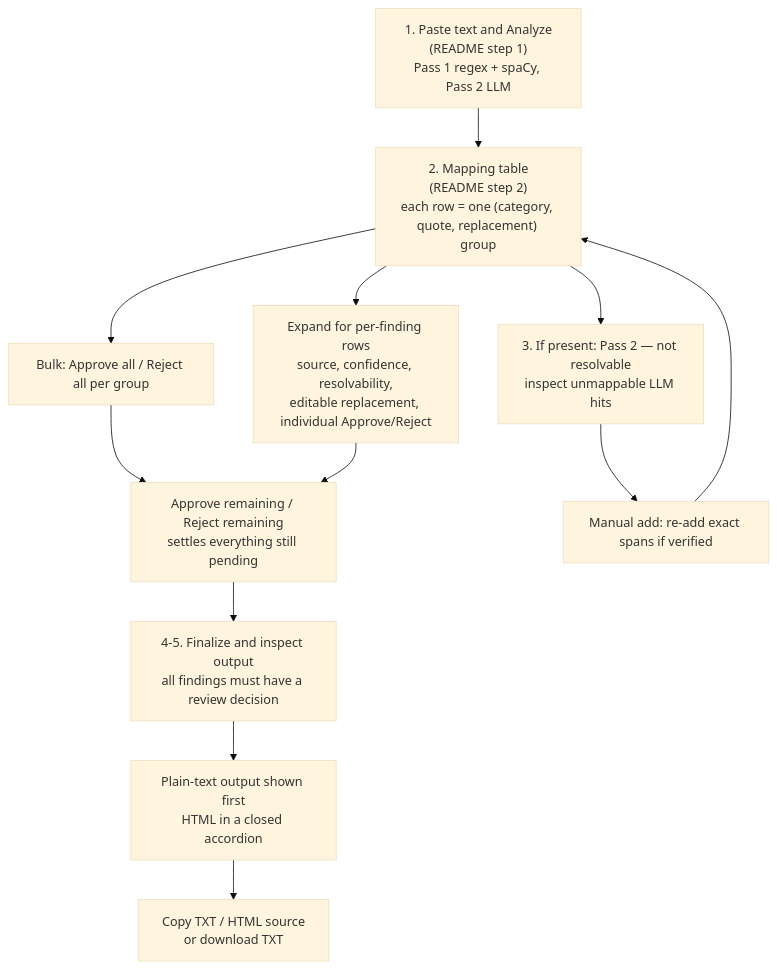
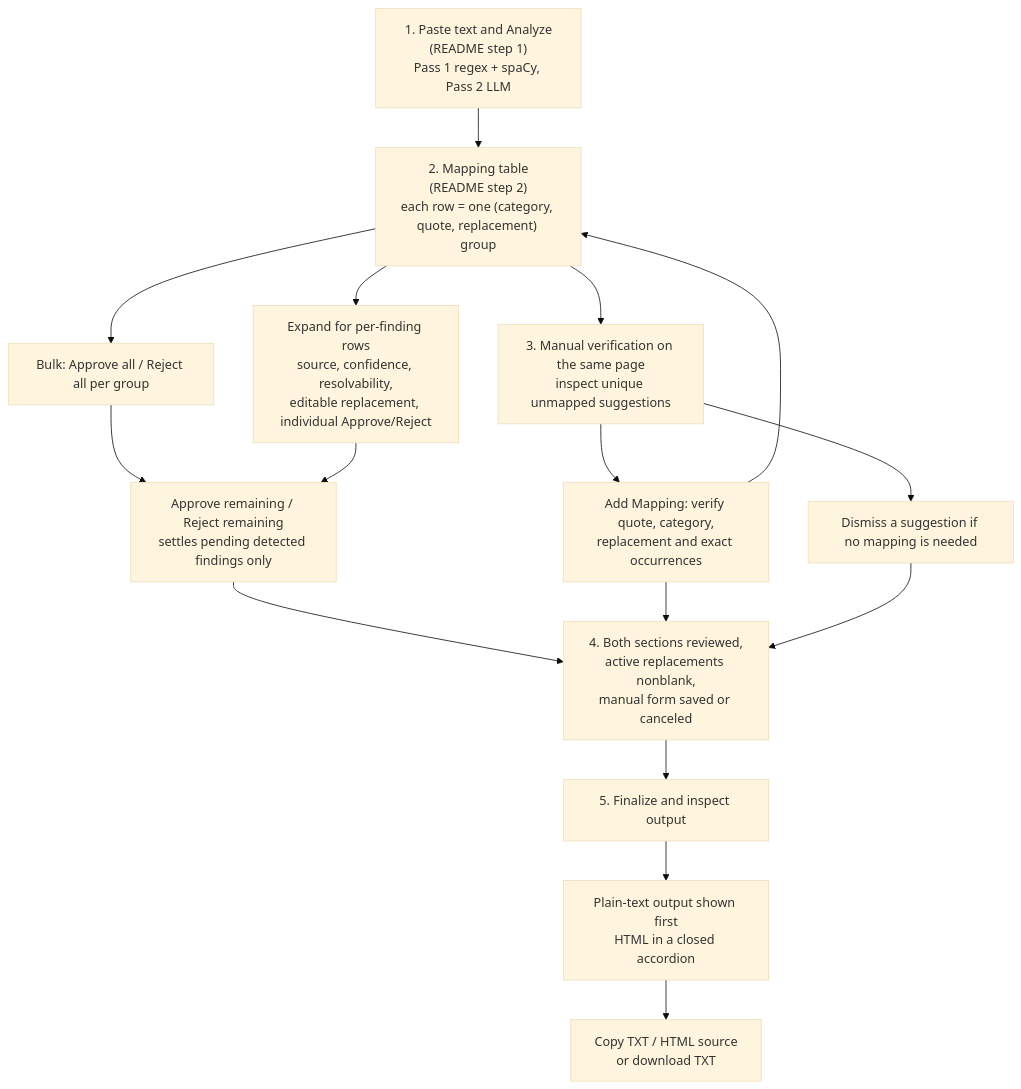
Before and after one commit to Knite84/DataObfuscator: the second of 2 diagrams in README.md, drawn with Mermaid (base theme). The commit also changed other lines of this file and 2 other files, not shown here.

````diff
--- a/README.md
+++ b/README.md
@@ -132,14 +153,18 @@
 ```mermaid
 flowchart TD
     S["1. Paste text and Analyze<br/>(README step 1)<br/>Pass 1 regex + spaCy, Pass 2 LLM"] --> B["2. Mapping table<br/>(README step 2)<br/>each row = one (category, quote, replacement) group"]
     B --> B1["Bulk: Approve all / Reject all per group"]
     B --> B2["Expand for per-finding rows<br/>source, confidence, resolvability,<br/>editable replacement, individual Approve/Reject"]
-    B1 --> C["Approve remaining / Reject remaining<br/>settles everything still pending"]
+    B1 --> C["Approve remaining / Reject remaining<br/>settles pending detected findings only"]
     B2 --> C
-    B --> D["3. If present: Pass 2 — not resolvable<br/>inspect unmappable LLM hits"]
-    D --> D1["Manual add: re-add exact spans if verified"]
+    B --> D["3. Manual verification on the same page<br/>inspect unique unmapped suggestions"]
+    D --> D1["Add Mapping: verify quote, category,<br/>replacement and exact occurrences"]
+    D --> D2["Dismiss a suggestion if no mapping is needed"]
     D1 --> B
-    C --> E["4-5. Finalize and inspect output<br/>all findings must have a review decision"]
+    C --> READY["4. Both sections reviewed,<br/>active replacements nonblank,<br/>manual form saved or canceled"]
+    D1 --> READY
+    D2 --> READY
+    READY --> E["5. Finalize and inspect output"]
     E --> F["Plain-text output shown first<br/>HTML in a closed accordion"]
     F --> G["Copy TXT / HTML source<br/>or download TXT"]
 ```
````
